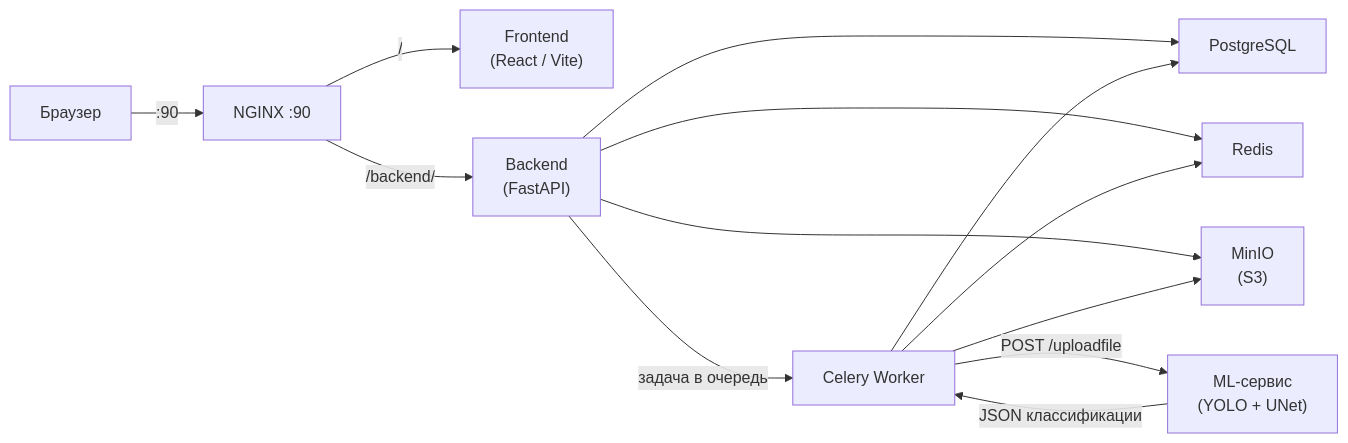
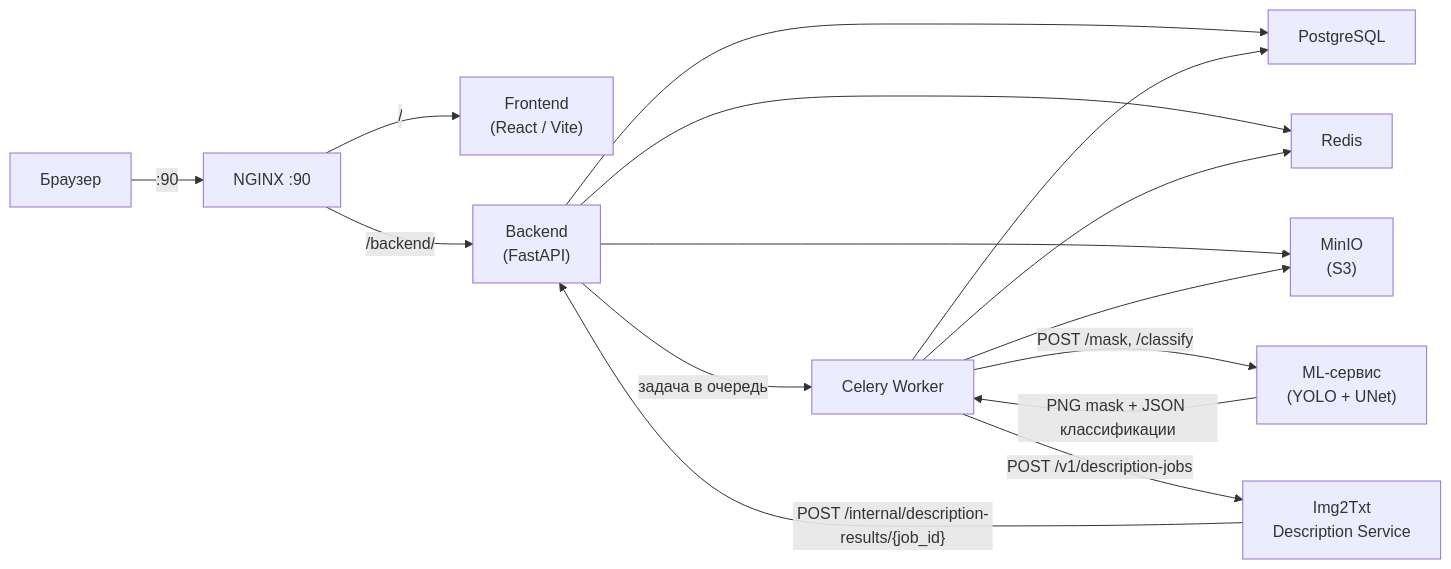
The diagram in README.md (OdincovMD/skin-cancer-ai), drawn with Mermaid before and after one commit. The commit also changed other lines of this file and 7 other files, not shown here.

````diff
--- a/README.md
+++ b/README.md
@@ -17,25 +17,28 @@
 ```mermaid
 flowchart LR
     Browser["Браузер"]
     NGINX["NGINX :90"]
     Frontend["Frontend\n(React / Vite)"]
     Backend["Backend\n(FastAPI)"]
     Celery["Celery Worker"]
     ML["ML-сервис\n(YOLO + UNet)"]
+    Desc["Img2Txt\nDescription Service"]
     PG["PostgreSQL"]
     Redis["Redis"]
     MinIO["MinIO\n(S3)"]
 
     Browser -->|":90"| NGINX
     NGINX -->|"/"| Frontend
     NGINX -->|"/backend/"| Backend
     Backend --> PG
     Backend --> Redis
     Backend --> MinIO
     Backend -->|"задача в очередь"| Celery
     Celery --> Redis
     Celery --> PG
     Celery --> MinIO
-    Celery -->|"POST /uploadfile"| ML
-    ML -->|"JSON классификации"| Celery
+    Celery -->|"POST /mask, /classify"| ML
+    Celery -->|"POST /v1/description-jobs"| Desc
+    Desc -->|"POST /internal/description-results/{job_id}"| Backend
+    ML -->|"PNG mask + JSON классификации"| Celery
 ```
````
